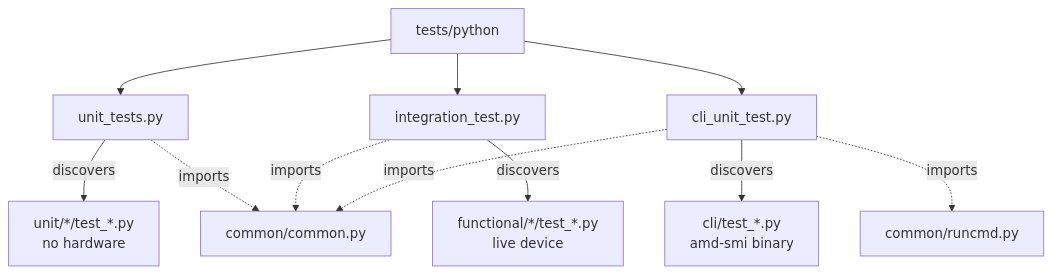
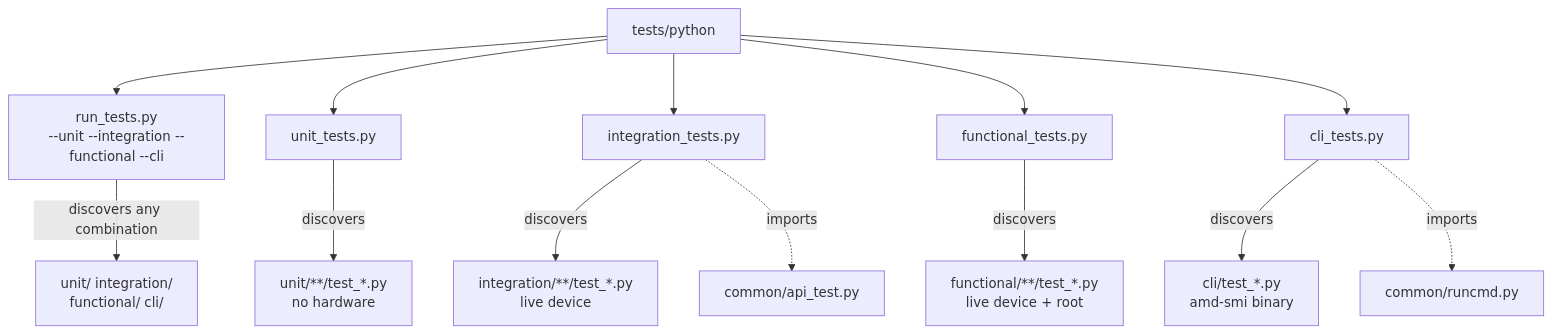
One commit to ROCm/rocm-systems changed the first of 4 diagrams in projects/amdsmi/tests/python/README.md. Above: the diagram before and after it, drawn with Mermaid. The commit also changed other lines of this file and 67 other files, not shown here.

First line of the commit message:
test(amdsmi): split the python suites into unit, integration, functional and cli tiers

````diff
--- a/projects/amdsmi/tests/python/README.md
+++ b/projects/amdsmi/tests/python/README.md
@@ -46,13 +51,15 @@
 ```mermaid
 graph TD
-    A[tests/python] --> U[unit_tests.py]
-    A --> I[integration_test.py]
-    A --> C[cli_unit_test.py]
-    U -->|discovers| UU[unit/*/test_*.py<br/>no hardware]
-    I -->|discovers| FF[functional/*/test_*.py<br/>live device]
+    A[tests/python] --> R["run_tests.py<br/>--unit --integration --functional --cli"]
+    A --> U[unit_tests.py]
+    A --> I[integration_tests.py]
+    A --> F[functional_tests.py]
+    A --> C[cli_tests.py]
+    R -->|discovers any combination| ALL[unit/ integration/<br/>functional/ cli/]
+    U -->|discovers| UU[unit/**/test_*.py<br/>no hardware]
+    I -->|discovers| II[integration/**/test_*.py<br/>live device]
+    F -->|discovers| FF[functional/**/test_*.py<br/>live device + root]
     C -->|discovers| CC[cli/test_*.py<br/>amd-smi binary]
-    U -.imports.-> CM[common/common.py]
-    I -.imports.-> CM
-    C -.imports.-> CM
+    I -.imports.-> CM[common/api_test.py]
     C -.imports.-> RC[common/runcmd.py]
 ```
````
